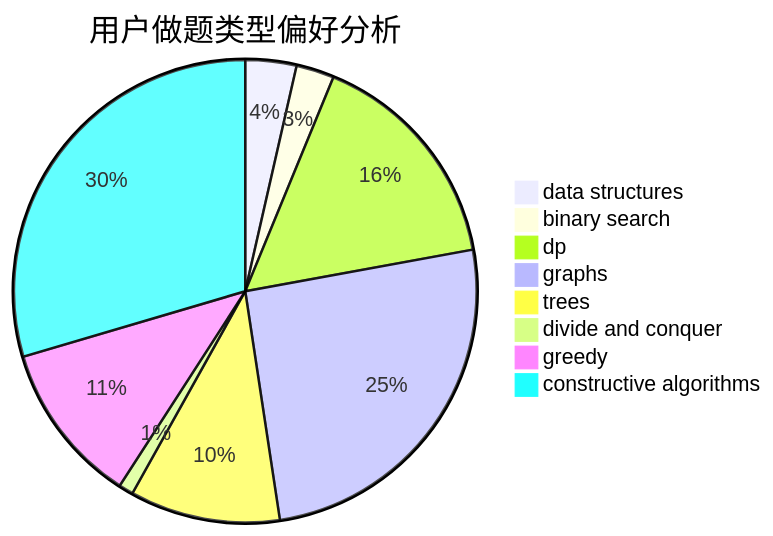
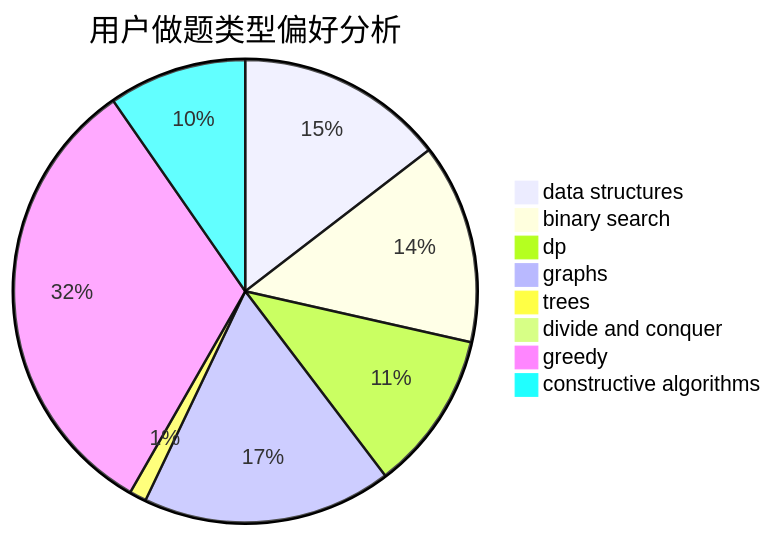
The second of 3 diagrams in docs/user/u2213.md (sherpahu/cfrs.github.io), drawn with Mermaid before and after one commit. The commit also changed other lines of this file and 2770 other files, not shown here.

````diff
--- a/docs/user/u2213.md
+++ b/docs/user/u2213.md
@@ -23,11 +23,11 @@
 ```mermaid
 pie title 用户做题类型偏好分析
-    "data structures" :  35
-    "binary search" :  26
-    "dp" :  156
-    "graphs" :  250
-    "trees" :  103
-    "divide and conquer" :  10
-    "greedy" :  111
-    "constructive algorithms" :  290
+    "data structures" :  148
+    "binary search" :  142
+    "dp" :  113
+    "graphs" :  177
+    "trees" :  12
+    "divide and conquer" :  4
+    "greedy" :  326
+    "constructive algorithms" :  98
 ```
````
